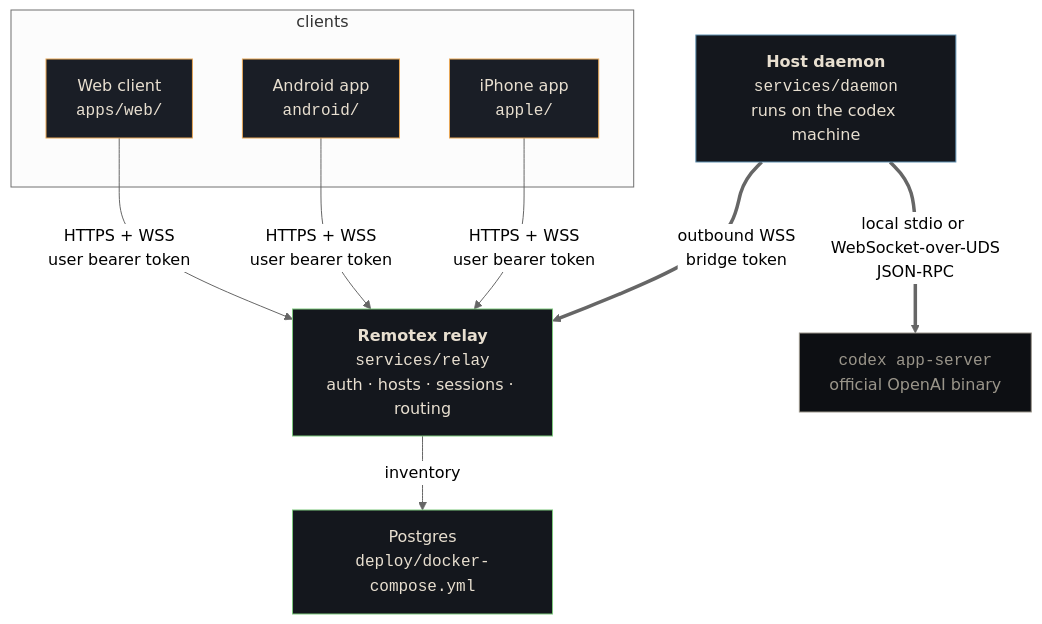
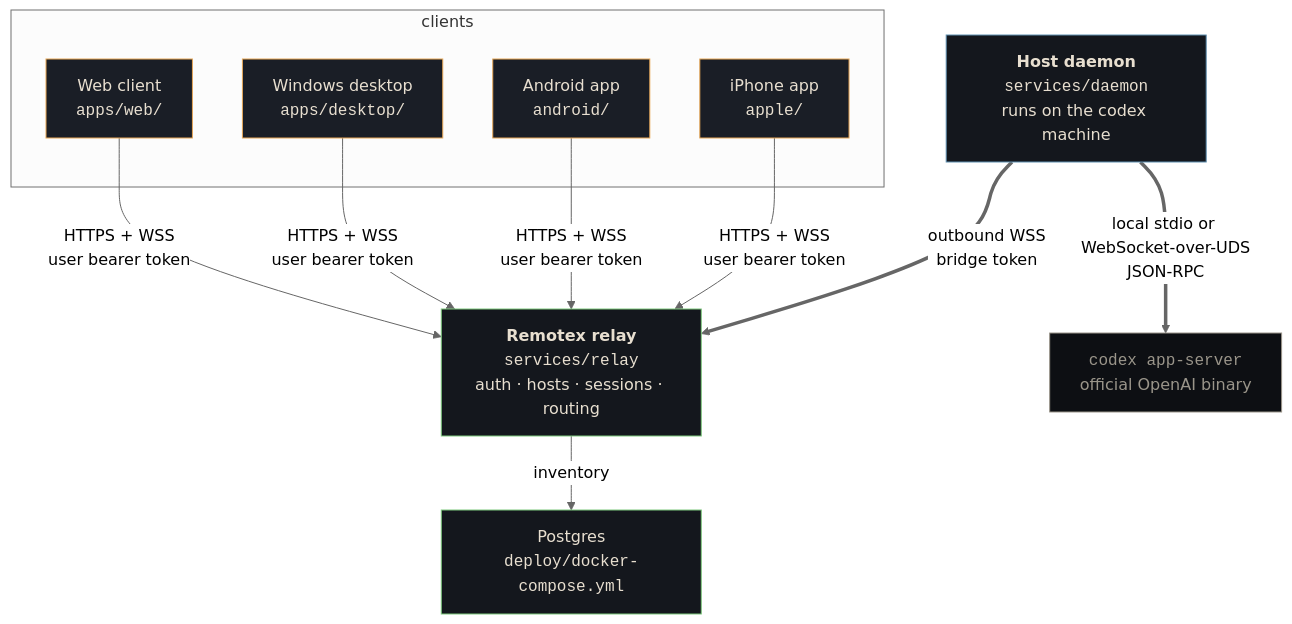
The diagram in README.md (CesarPetrescu/remotex), drawn with Mermaid (neutral theme) before and after one commit. The commit also changed other lines of this file and 101 other files, not shown here.

````diff
--- a/README.md
+++ b/README.md
@@ -14,28 +14,30 @@
 ```mermaid
 flowchart TB
     subgraph clients["clients"]
         W["Web client<br/><code>apps/web/</code>"]
+        E["Windows desktop<br/><code>apps/desktop/</code>"]
         A["Android app<br/><code>android/</code>"]
         I["iPhone app<br/><code>apple/</code>"]
     end
     R["<b>Remotex relay</b><br/><code>services/relay</code><br/>auth · hosts · sessions · routing"]
     D["<b>Host daemon</b><br/><code>services/daemon</code><br/>runs on the codex machine"]
     X["<code>codex app-server</code><br/>official OpenAI binary"]
     P["Postgres<br/><code>deploy/docker-compose.yml</code>"]
 
     W -- "HTTPS + WSS<br/>user bearer token" --> R
+    E -- "HTTPS + WSS<br/>user bearer token" --> R
     A -- "HTTPS + WSS<br/>user bearer token" --> R
     I -- "HTTPS + WSS<br/>user bearer token" --> R
     D == "outbound WSS<br/>bridge token" ==> R
     D == "local stdio or WebSocket-over-UDS<br/>JSON-RPC" ==> X
     R -- "inventory" --> P
 
     classDef clientNode fill:#1a1e26,stroke:#e8a756,color:#e8dfd0;
     classDef relayNode fill:#14171d,stroke:#7dc87d,color:#e8dfd0;
     classDef daemonNode fill:#14171d,stroke:#5f8fb0,color:#e8dfd0;
     classDef codexNode fill:#0d0f13,stroke:#9a958a,color:#9a958a;
-    class W,A,I clientNode;
+    class W,E,A,I clientNode;
     class R,P relayNode;
     class D daemonNode;
     class X codexNode;
 ```
````
